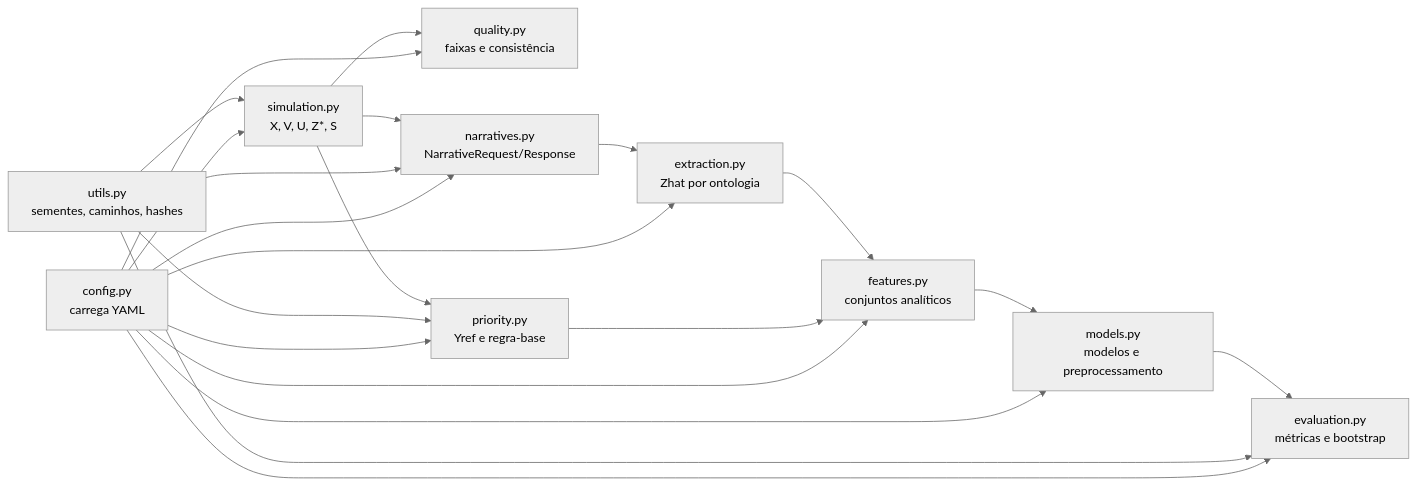
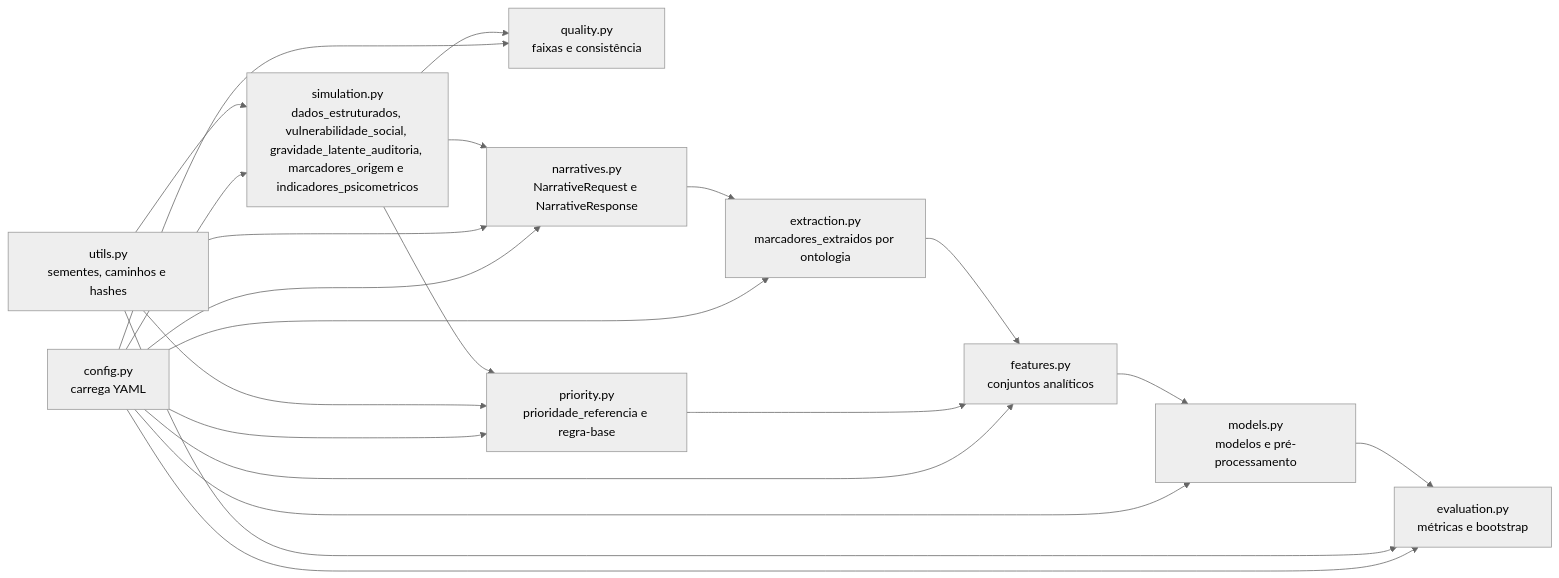
One commit to pauloregisms/pipeline_priorizacao_emulti changed the diagram in docs/architecture/c4-componentes.md. Above: the diagram before and after it, drawn with Mermaid (neutral theme). The commit also changed other lines of this file and 64 other files, not shown here.

````diff
--- a/docs/architecture/c4-componentes.md
+++ b/docs/architecture/c4-componentes.md
@@ -3,34 +3,34 @@
 ```mermaid
 flowchart LR
     CFG["config.py\ncarrega YAML"]
-    SIM["simulation.py\nX, V, U, Z*, S"]
+    SIM["simulation.py\ndados_estruturados, vulnerabilidade_social, gravidade_latente_auditoria, marcadores_origem e indicadores_psicometricos"]
     QC["quality.py\nfaixas e consistência"]
-    NAR["narratives.py\nNarrativeRequest/Response"]
-    PRI["priority.py\nYref e regra-base"]
-    EXT["extraction.py\nZhat por ontologia"]
+    NAR["narratives.py\nNarrativeRequest e NarrativeResponse"]
+    PRI["priority.py\nprioridade_referencia e regra-base"]
+    EXT["extraction.py\nmarcadores_extraidos por ontologia"]
     FEAT["features.py\nconjuntos analíticos"]
-    MOD["models.py\nmodelos e preprocessamento"]
+    MOD["models.py\nmodelos e pré-processamento"]
     EVA["evaluation.py\nmétricas e bootstrap"]
-    UTL["utils.py\nsementes, caminhos, hashes"]
+    UTL["utils.py\nsementes, caminhos e hashes"]
 
     CFG --> SIM
     CFG --> QC
     CFG --> NAR
     CFG --> PRI
     CFG --> EXT
     CFG --> FEAT
     CFG --> MOD
     CFG --> EVA
     UTL --> SIM
     UTL --> NAR
     UTL --> PRI
     UTL --> EVA
     SIM --> QC
     SIM --> NAR
     SIM --> PRI
     NAR --> EXT
     PRI --> FEAT
     EXT --> FEAT
     FEAT --> MOD
     MOD --> EVA
 ```
````
